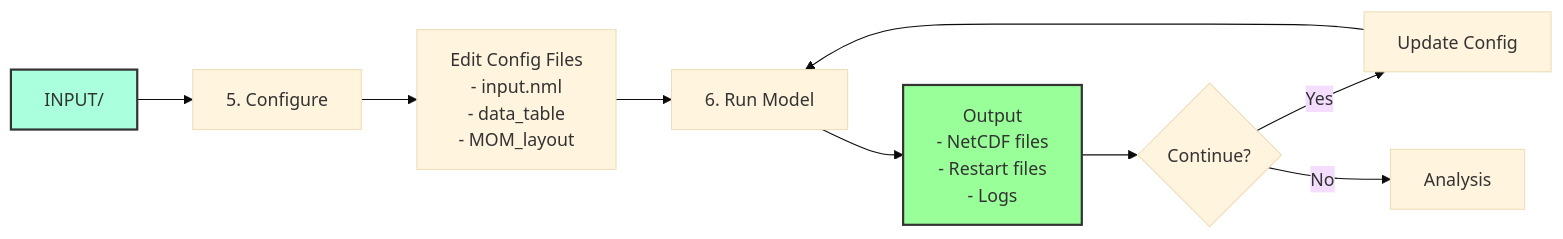
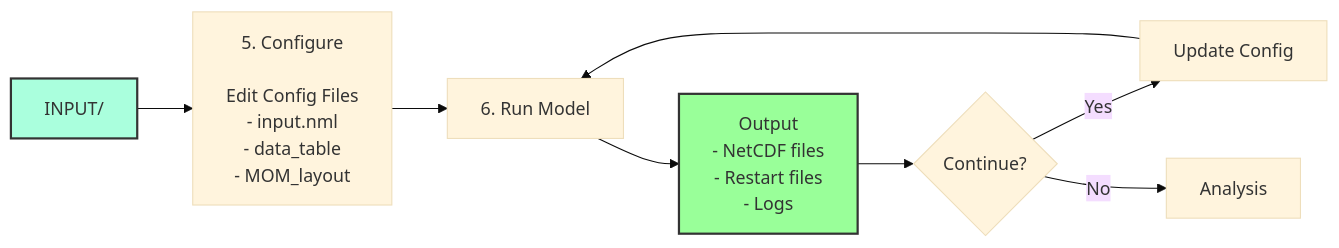
One commit to dksasaki/MOM6_COBALT_NEUS25 changed the second of 7 diagrams in exps/NEUS25.COBALT/README2.md. Above: the diagram before and after it, drawn with Mermaid (base theme).

````diff
--- a/exps/NEUS25.COBALT/README2.md
+++ b/exps/NEUS25.COBALT/README2.md
@@ -33,17 +33,17 @@
 ```mermaid
 flowchart LR
-    A[INPUT/] --> B[5. Configure]
+    A[INPUT/] --> B[5. Configure <br/> <br/> Edit Config Files<br/>- input.nml<br/>- data_table<br/>- MOM_layout]
     
-    B --> C[Edit Config Files<br/>- input.nml<br/>- data_table<br/>- MOM_layout]
+    %% B --> C[Edit Config Files<br/>- input.nml<br/>- data_table<br/>- MOM_layout]
     
-    C --> D[6. Run Model]
+    B --> D[6. Run Model]
     D --> E[Output<br/>- NetCDF files<br/>- Restart files<br/>- Logs]
     
     E --> F{Continue?}
     F -->|Yes| G[Update Config]
     G --> D
     F -->|No| H[Analysis]
     
     style A fill:#afd,stroke:#333,stroke-width:2px
     style E fill:#9f9,stroke:#333,stroke-width:2px
 ```
````
